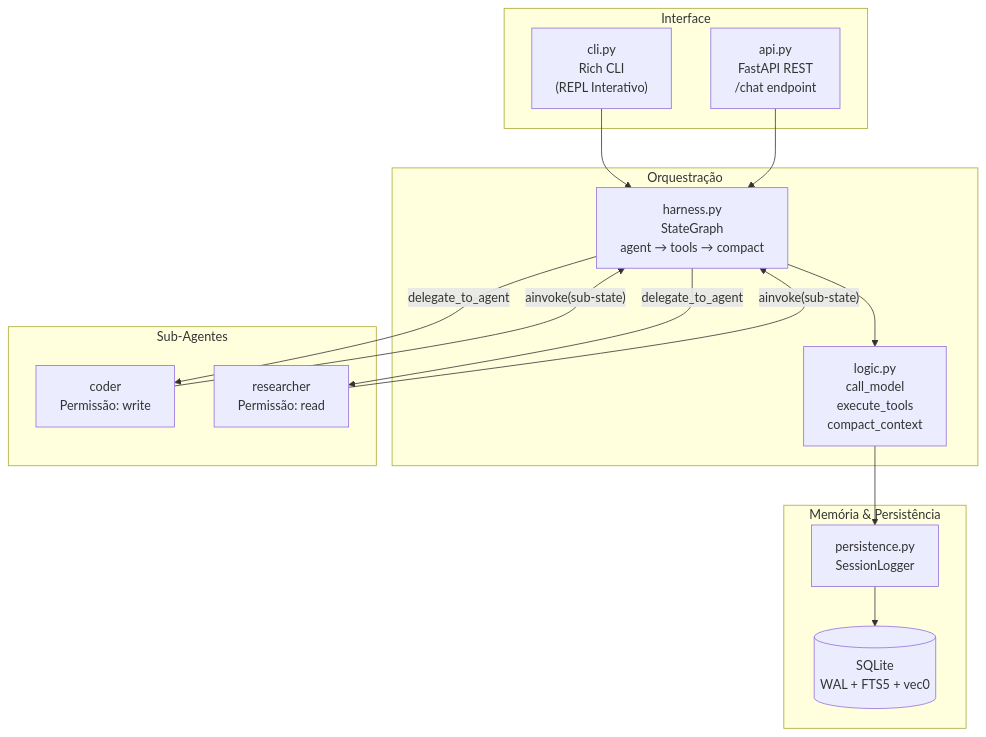
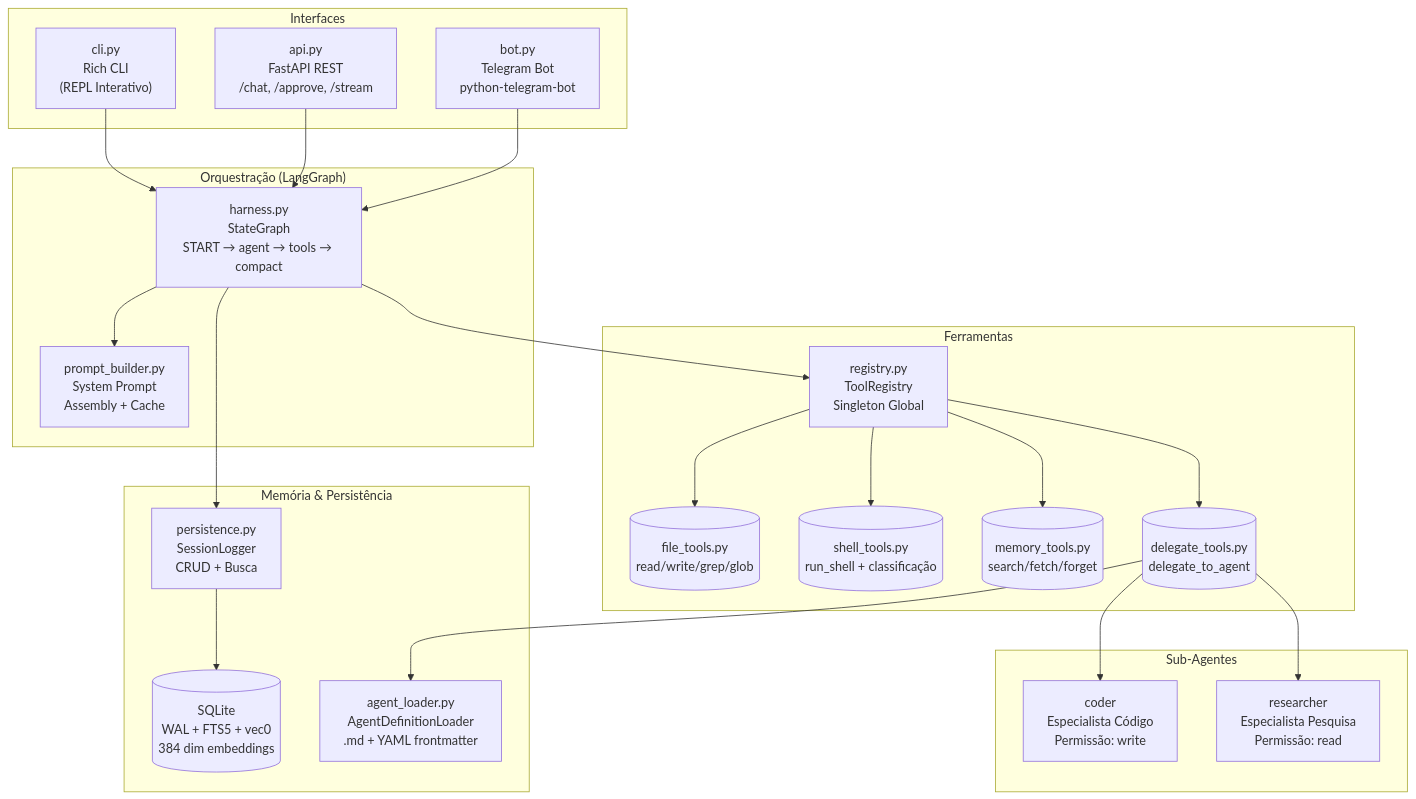
The diagram in README.md (KlebersonCollab/k-claw), drawn with Mermaid before and after one commit. The commit also changed other lines of this file and 2 other files, not shown here.

Commit message:
feat: integrate telegram bot support, update project documentation, and remove local PID tracking file.

````diff
--- a/README.md
+++ b/README.md
@@ -32,32 +279,47 @@
 ```mermaid
 graph TB
-    subgraph "Interface"
+    subgraph "Interfaces"
         CLI["cli.py<br/>Rich CLI<br/>(REPL Interativo)"]
-        API["api.py<br/>FastAPI REST<br/>/chat endpoint"]
+        API["api.py<br/>FastAPI REST<br/>/chat, /approve, /stream"]
+        BOT["bot.py<br/>Telegram Bot<br/>python-telegram-bot"]
     end
 
-    subgraph "Orquestração"
-        HARNESS["harness.py<br/>StateGraph<br/>agent → tools → compact"]
-        LOGIC["logic.py<br/>call_model<br/>execute_tools<br/>compact_context"]
+    subgraph "Orquestração (LangGraph)"
+        HARNESS["harness.py<br/>StateGraph<br/>START → agent → tools → compact"]
+        PROMPT["prompt_builder.py<br/>System Prompt<br/>Assembly + Cache"]
+    end
+
+    subgraph "Ferramentas"
+        REGISTRY["registry.py<br/>ToolRegistry<br/>Singleton Global"]
+        FILE[("file_tools.py<br/>read/write/grep/glob")]
+        SHELL[("shell_tools.py<br/>run_shell + classificação")]
+        MEMORY[("memory_tools.py<br/>search/fetch/forget")]
+        DELEGATE[("delegate_tools.py<br/>delegate_to_agent")]
     end
 
     subgraph "Sub-Agentes"
-        CODER["coder<br/>Permissão: write"]
-        RESEARCHER["researcher<br/>Permissão: read"]
+        CODER["coder<br/>Especialista Código<br/>Permissão: write"]
+        RESEARCHER["researcher<br/>Especialista Pesquisa<br/>Permissão: read"]
     end
 
     subgraph "Memória & Persistência"
-        PERSIST["persistence.py<br/>SessionLogger"]
-        DB[("SQLite<br/>WAL + FTS5 + vec0")]
+        PERSIST["persistence.py<br/>SessionLogger<br/>CRUD + Busca"]
+        DB[("SQLite<br/>WAL + FTS5 + vec0<br/>384 dim embeddings")]
+        LOADER["agent_loader.py<br/>AgentDefinitionLoader<br/>.md + YAML frontmatter"]
     end
 
     CLI --> HARNESS
     API --> HARNESS
-    HARNESS --> LOGIC
-    LOGIC --> PERSIST
-    HARNESS -->|"delegate_to_agent"| CODER
-    HARNESS -->|"delegate_to_agent"| RESEARCHER
-    CODER -->|"ainvoke(sub-state)"| HARNESS
-    RESEARCHER -->|"ainvoke(sub-state)"| HARNESS
+    BOT --> HARNESS
+    HARNESS --> PROMPT
+    HARNESS --> REGISTRY
+    REGISTRY --> FILE
+    REGISTRY --> SHELL
+    REGISTRY --> MEMORY
+    REGISTRY --> DELEGATE
+    DELEGATE --> CODER
+    DELEGATE --> RESEARCHER
+    DELEGATE --> LOADER
+    HARNESS --> PERSIST
     PERSIST --> DB
 ```
````
